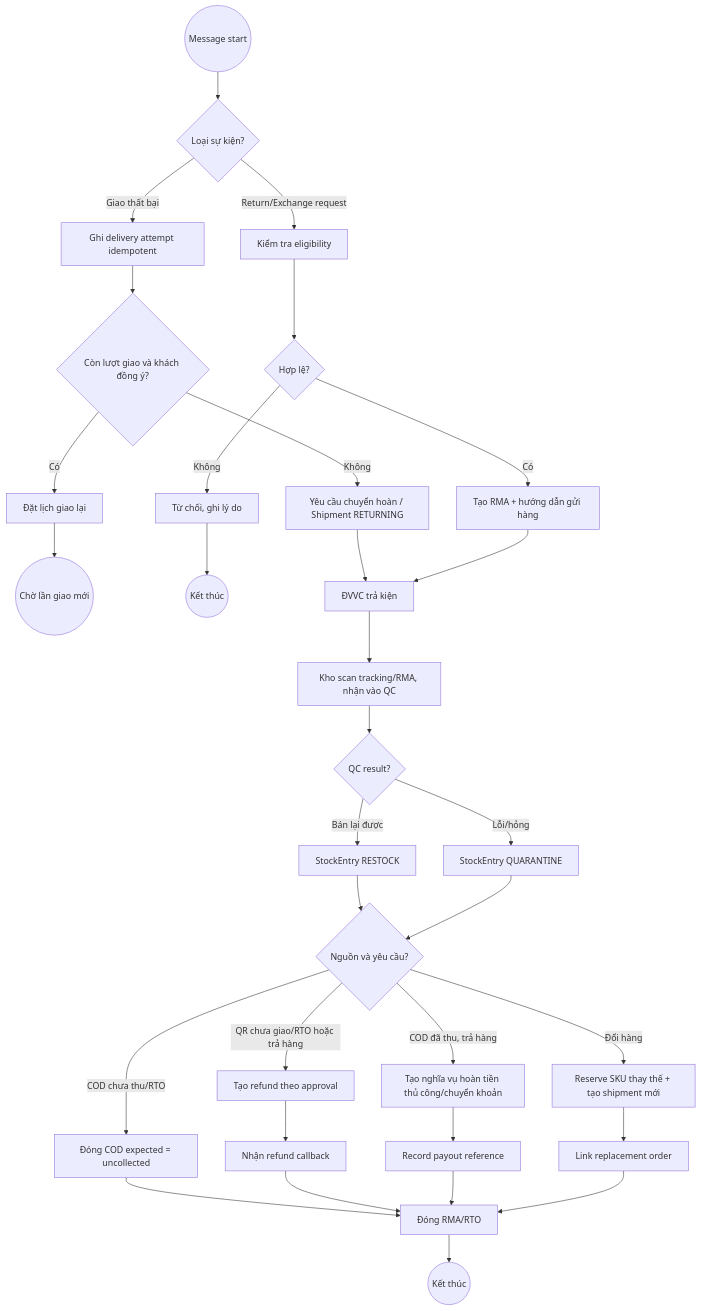
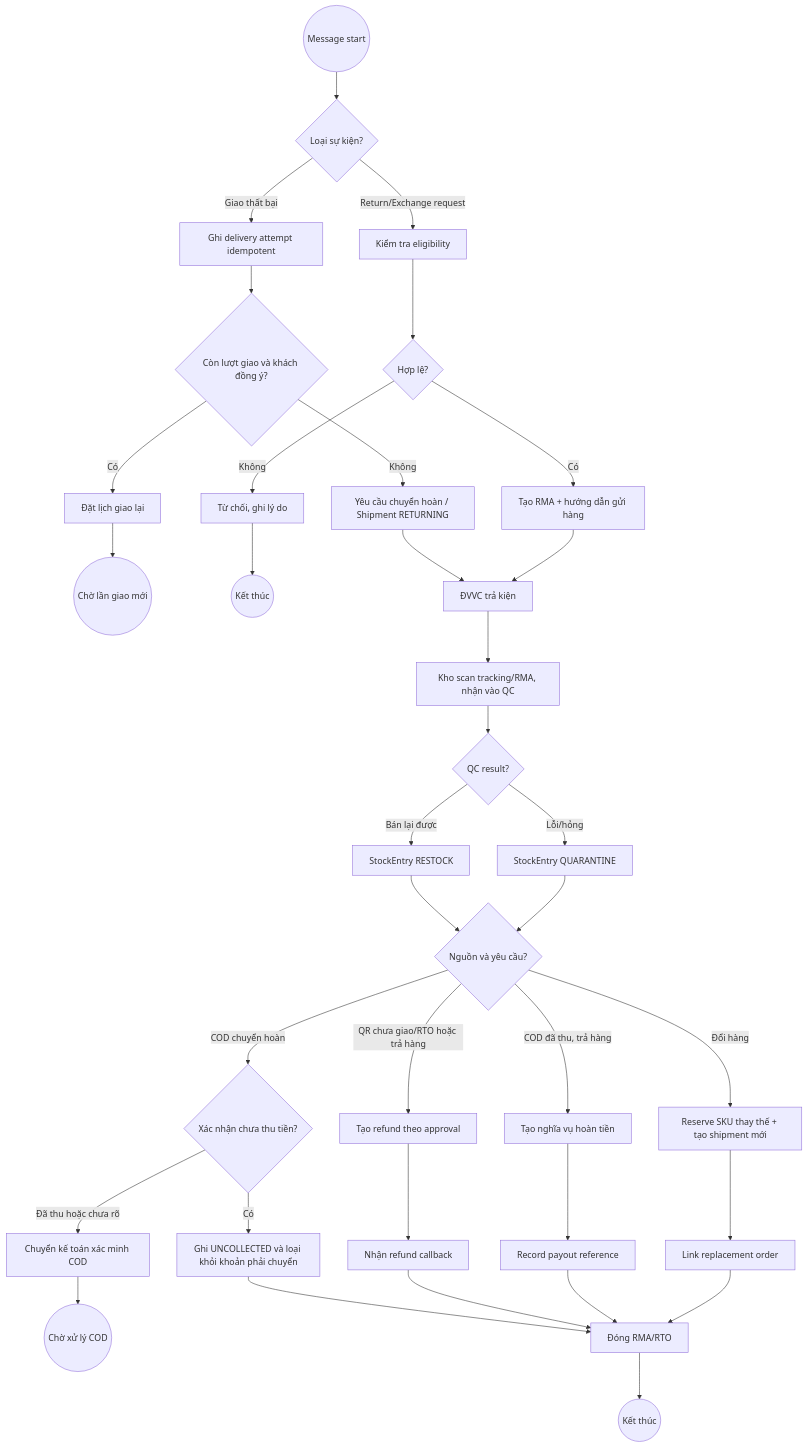
One commit to Tngoclinh/sme-o2c-system changed the second of 3 diagrams in cập nhật tiến độ và nội dung/03_bpmn.md. Above: the diagram before and after it, drawn with Mermaid. The commit also changed other lines of this file and 14 other files, not shown here.

Commit message:
docs: align architecture roadmap and COD workflows

````diff
--- a/cập nhật tiến độ và nội dung/03_bpmn.md
+++ b/cập nhật tiến độ và nội dung/03_bpmn.md
@@ -114,32 +129,35 @@
 ```mermaid
 flowchart TD
   E0((Message start)) --> G0{Loại sự kiện?}
   G0 -- Giao thất bại --> A1[Ghi delivery attempt idempotent]
   A1 --> G1{Còn lượt giao và khách đồng ý?}
   G1 -- Có --> A2[Đặt lịch giao lại] --> Ea((Chờ lần giao mới))
   G1 -- Không --> A3[Yêu cầu chuyển hoàn / Shipment RETURNING]
   G0 -- Return/Exchange request --> B1[Kiểm tra eligibility]
   B1 --> G2{Hợp lệ?}
   G2 -- Không --> Bx[Từ chối, ghi lý do] --> Ex((Kết thúc))
   G2 -- Có --> B2[Tạo RMA + hướng dẫn gửi hàng]
   A3 --> C1[ĐVVC trả kiện]
   B2 --> C1
   C1 --> C2[Kho scan tracking/RMA, nhận vào QC]
   C2 --> G3{QC result?}
   G3 -- Bán lại được --> C3[StockEntry RESTOCK]
   G3 -- Lỗi/hỏng --> C4[StockEntry QUARANTINE]
   C3 --> G4{Nguồn và yêu cầu?}
   C4 --> G4
   G4 -- QR chưa giao/RTO hoặc trả hàng --> D1[Tạo refund theo approval]
-  G4 -- COD đã thu, trả hàng --> D2[Tạo nghĩa vụ hoàn tiền thủ công/chuyển khoản]
+  G4 -- COD đã thu, trả hàng --> D2[Tạo nghĩa vụ hoàn tiền]
   G4 -- Đổi hàng --> D3[Reserve SKU thay thế + tạo shipment mới]
-  G4 -- COD chưa thu/RTO --> D4[Đóng COD expected = uncollected]
+  G4 -- COD chuyển hoàn --> D9{Xác nhận chưa thu tiền?}
+  D9 -- Có --> D4[Ghi UNCOLLECTED và loại khỏi khoản phải chuyển]
+  D9 -- Đã thu hoặc chưa rõ --> D10[Chuyển kế toán xác minh COD]
+  D10 --> Ef((Chờ xử lý COD))
   D1 --> D5[Nhận refund callback]
   D2 --> D6[Record payout reference]
   D3 --> D7[Link replacement order]
   D4 --> D8[Đóng RMA/RTO]
   D5 --> D8
   D6 --> D8
   D7 --> D8
   D8 --> Ee((Kết thúc))
 ```
````
